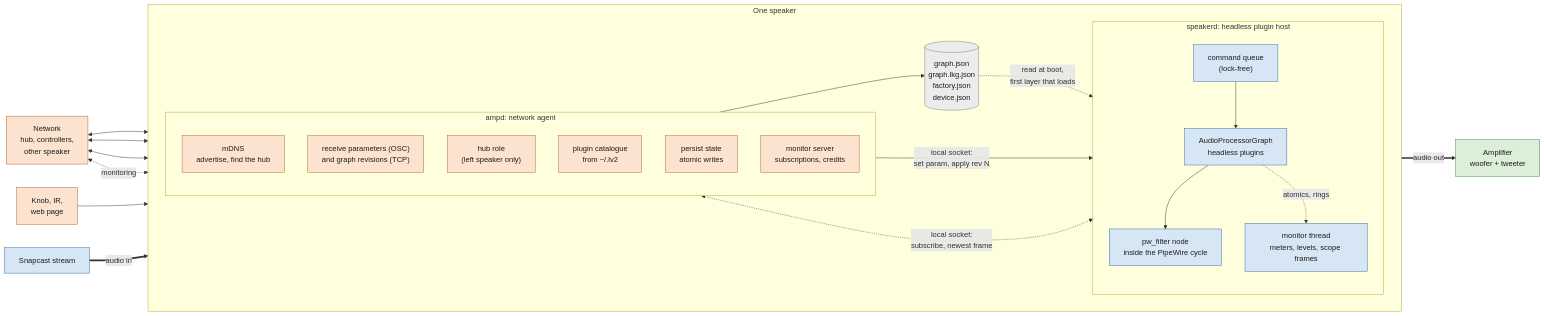
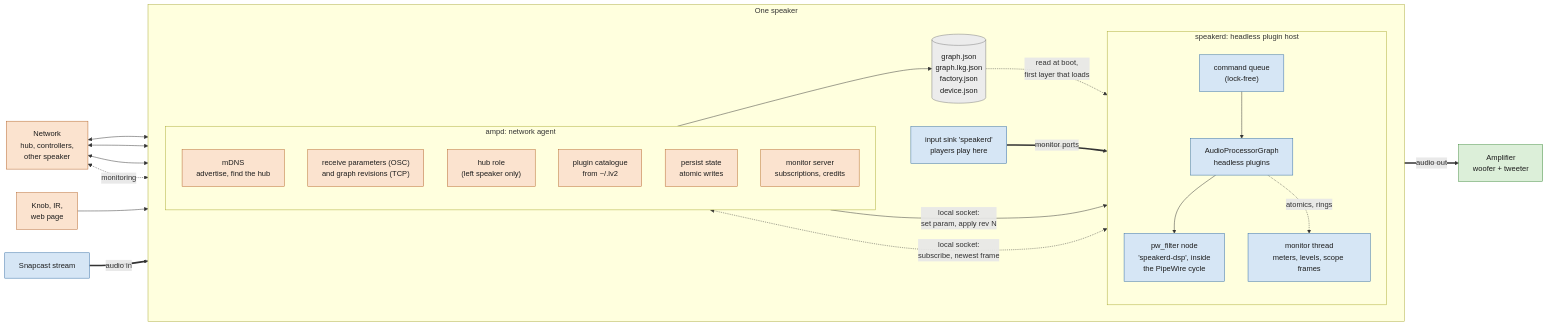
Before and after one commit to AMuszkat/bpi_amp_platform: the fourth of 12 diagrams in docs/remote-plugin-host.md, drawn with Mermaid. The commit also changed other lines of this file and 21 other files, not shown here.

````diff
--- a/docs/remote-plugin-host.md
+++ b/docs/remote-plugin-host.md
@@ -192,45 +195,46 @@
 ```mermaid
 flowchart LR
     classDef ctl fill:#fbe3cf,stroke:#b4642a,color:#1d1d1d
     classDef aud fill:#d6e6f5,stroke:#2f6aa3,color:#1d1d1d
     classDef sto fill:#ececec,stroke:#7a7a7a,color:#1d1d1d
     classDef hw fill:#dcefd9,stroke:#3d8a3a,color:#1d1d1d
 
     net["Network<br/>hub, controllers,<br/>other speaker"]:::ctl
     knob["Knob, IR,<br/>web page"]:::ctl
 
     subgraph SPK["One speaker"]
         direction LR
         subgraph AMPD["ampd: network agent"]
             direction TB
             disc["mDNS<br/>advertise, find the hub"]:::ctl
             rx["receive parameters (OSC)<br/>and graph revisions (TCP)"]:::ctl
             hubrole["hub role<br/>(left speaker only)"]:::ctl
             cat["plugin catalogue<br/>from ~/.lv2"]:::ctl
             persist["persist state<br/>atomic writes"]:::ctl
             msrv["monitor server<br/>subscriptions, credits"]:::ctl
         end
         files[("graph.json<br/>graph.lkg.json<br/>factory.json<br/>device.json")]:::sto
+        sink["input sink 'speakerd'<br/>players play here"]:::aud
         subgraph SD["speakerd: headless plugin host"]
             direction TB
             cmd["command queue<br/>(lock-free)"]:::aud
             eng["AudioProcessorGraph<br/>headless plugins"]:::aud
-            pwf["pw_filter node<br/>inside the PipeWire cycle"]:::aud
+            pwf["pw_filter node<br/>'speakerd-dsp', inside<br/>the PipeWire cycle"]:::aud
             mon["monitor thread<br/>meters, levels, scope frames"]:::aud
             cmd --> eng --> pwf
             eng -. "atomics, rings" .-> mon
         end
         rx -- "local socket:<br/>set param, apply rev N" --> cmd
         msrv <-. "local socket:<br/>subscribe, newest frame" .-> mon
         persist --> files
         files -. "read at boot,<br/>first layer that loads" .-> eng
     end
 
     net <--> disc
     net <--> rx
     net <--> hubrole
     net <-. "monitoring" .-> msrv
     knob --> hubrole
-    snap["Snapcast stream"]:::aud == "audio in" ==> pwf
+    snap["Snapcast stream"]:::aud == "audio in" ==> sink == "monitor ports" ==> pwf
     pwf == "audio out" ==> amp["Amplifier<br/>woofer + tweeter"]:::hw
 ```
````
